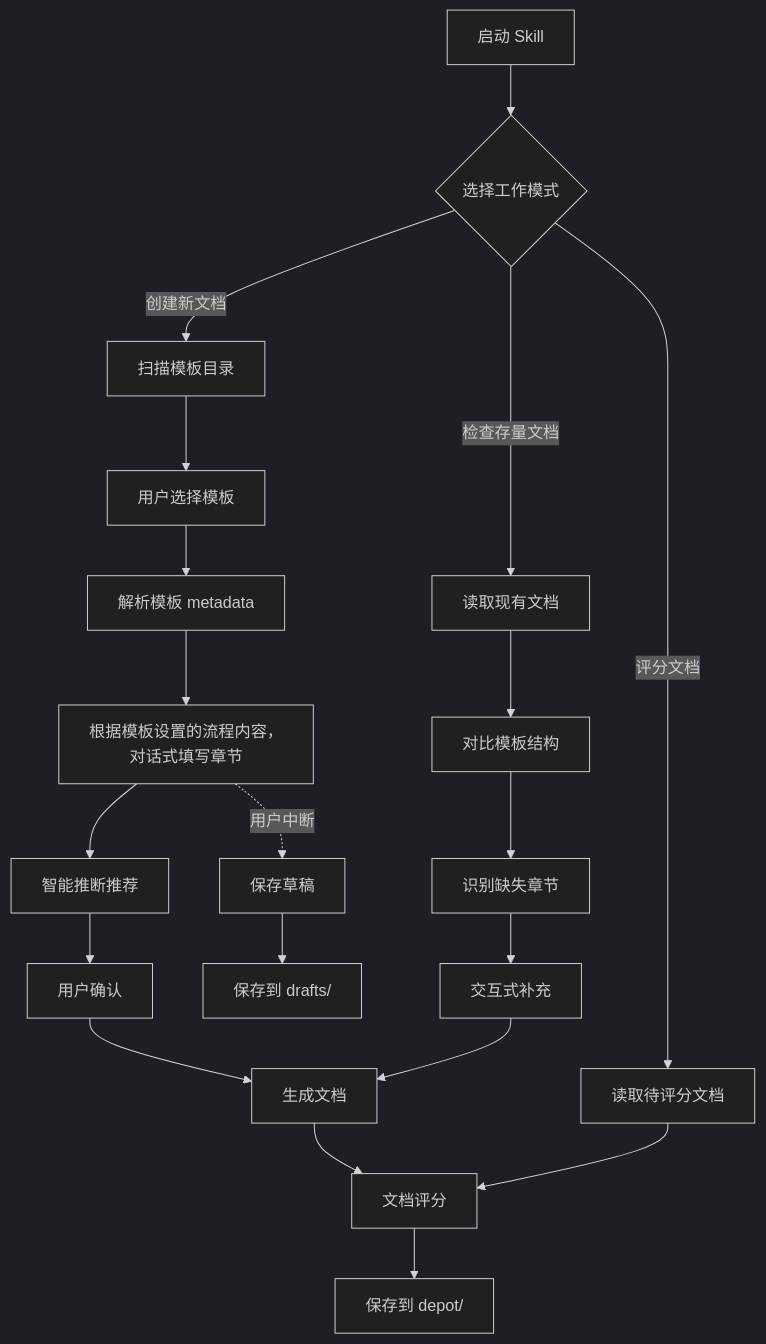
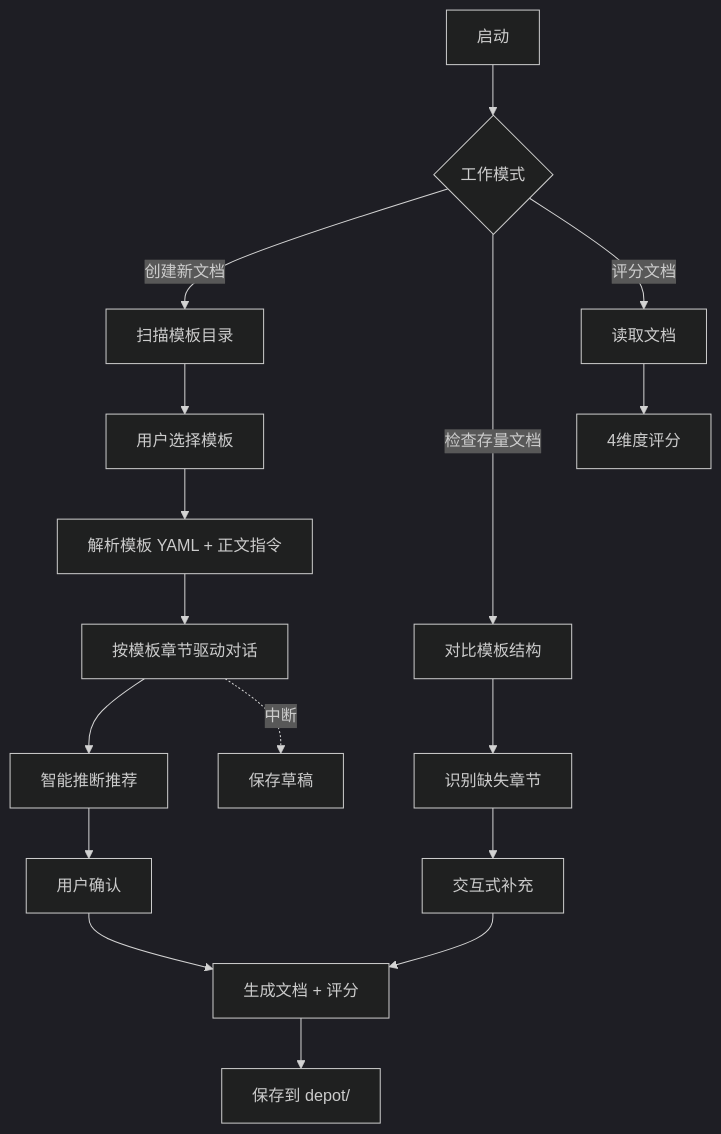
The diagram in .claude/skills/spec-writer/SKILL.md (linview/spec-writer), drawn with Mermaid (dark theme) before and after one commit. The commit also changed other lines of this file and 8 other files, not shown here.

````diff
--- a/.claude/skills/spec-writer/SKILL.md
+++ b/.claude/skills/spec-writer/SKILL.md
@@ -55,27 +25,19 @@
 ```mermaid
 graph TD
-    A[启动 Skill] --> B{选择工作模式}
+    A[启动] --> B{工作模式}
     B -->|创建新文档| C[扫描模板目录]
-    B -->|检查存量文档| D[读取现有文档]
-    B -->|评分文档| E[读取待评分文档]
-
+    B -->|检查存量文档| D[对比模板结构]
+    B -->|评分文档| E[读取文档]
     C --> F[用户选择模板]
-    F --> G[解析模板 metadata]
-    G --> H[根据模板设置的流程内容，\n对话式填写章节]
-
-    D --> I[对比模板结构]
-    I --> J[识别缺失章节]
-    J --> K[交互式补充]
-
-    H --> L[智能推断推荐]
-    L --> M[用户确认]
-    M --> N[生成文档]
-    N --> O[文档评分]
-
-    K --> N
-    E --> O
-
-    O --> P[保存到 depot/]
-    H -.->|用户中断| Q[保存草稿]
-    Q --> R[保存到 drafts/]
+    F --> G[解析模板 YAML + 正文指令]
+    G --> H[按模板章节驱动对话]
+    H --> I[智能推断推荐]
+    I --> J[用户确认]
+    J --> K[生成文档 + 评分]
+    D --> L[识别缺失章节]
+    L --> M[交互式补充]
+    M --> K
+    E --> N[4维度评分]
+    K --> O[保存到 depot/]
+    H -.->|中断| P[保存草稿]
 ```
````
